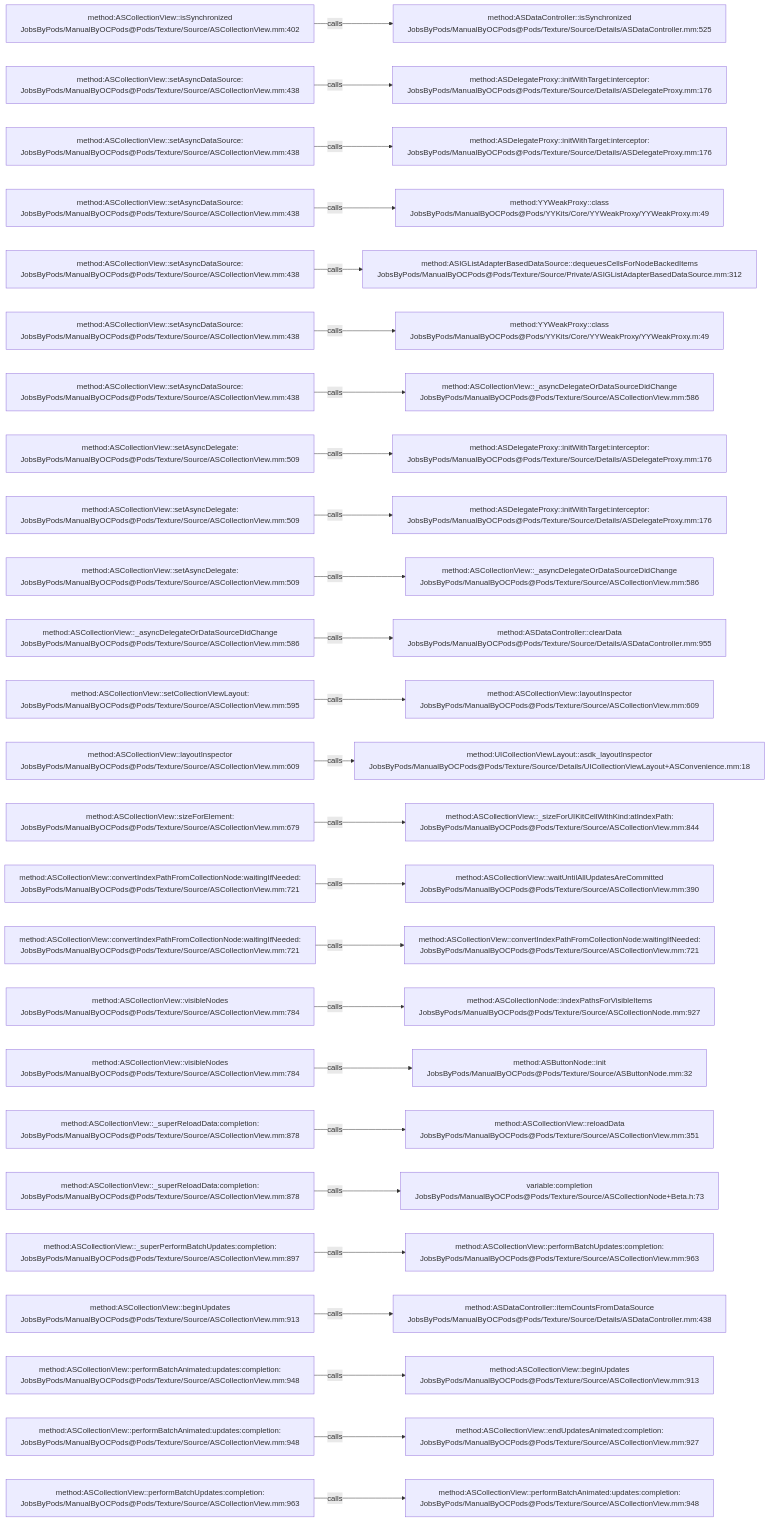
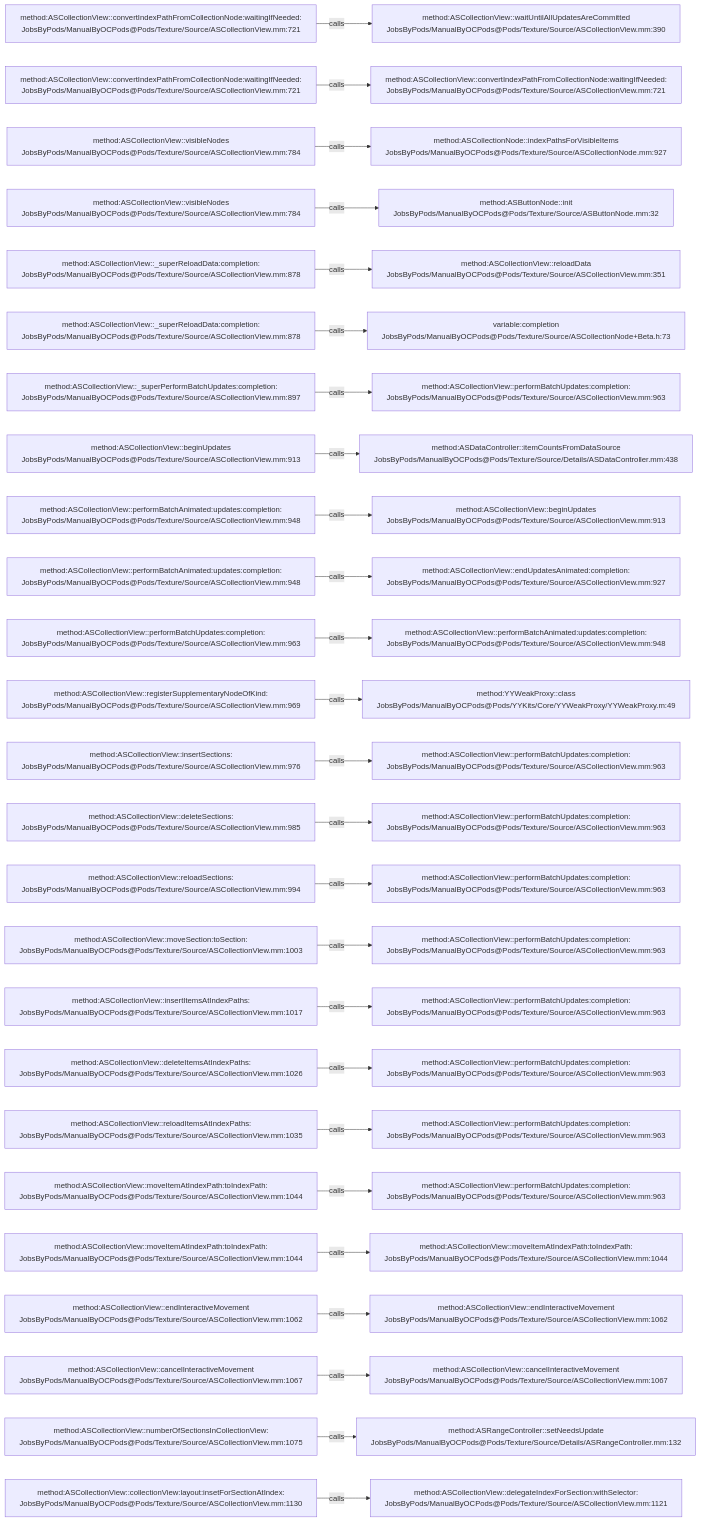
Before and after one commit to JobsKits/JobsOCBaseConfigDemo: the diagram in .codegraph/codegraph.md/graphs/calls-082.md, drawn with Mermaid. The commit also changed 296 other files, not shown here.

````diff
--- a/.codegraph/codegraph.md/graphs/calls-082.md
+++ b/.codegraph/codegraph.md/graphs/calls-082.md
@@ -13,78 +13,78 @@
 ```mermaid
 flowchart LR
-  S1["method:ASCollectionView::isSynchronized<br/>JobsByPods/ManualByOCPods@Pods/Texture/Source/ASCollectionView.mm:402"]
-  T1["method:ASDataController::isSynchronized<br/>JobsByPods/ManualByOCPods@Pods/Texture/Source/Details/ASDataController.mm:525"]
+  S1["method:ASCollectionView::convertIndexPathFromCollectionNode:waitingIfNeeded:<br/>JobsByPods/ManualByOCPods@Pods/Texture/Source/ASCollectionView.mm:721"]
+  T1["method:ASCollectionView::waitUntilAllUpdatesAreCommitted<br/>JobsByPods/ManualByOCPods@Pods/Texture/Source/ASCollectionView.mm:390"]
   S1 -->|calls| T1
-  S2["method:ASCollectionView::setAsyncDataSource:<br/>JobsByPods/ManualByOCPods@Pods/Texture/Source/ASCollectionView.mm:438"]
-  T2["method:ASDelegateProxy::initWithTarget:interceptor:<br/>JobsByPods/ManualByOCPods@Pods/Texture/Source/Details/ASDelegateProxy.mm:176"]
+  S2["method:ASCollectionView::convertIndexPathFromCollectionNode:waitingIfNeeded:<br/>JobsByPods/ManualByOCPods@Pods/Texture/Source/ASCollectionView.mm:721"]
+  T2["method:ASCollectionView::convertIndexPathFromCollectionNode:waitingIfNeeded:<br/>JobsByPods/ManualByOCPods@Pods/Texture/Source/ASCollectionView.mm:721"]
   S2 -->|calls| T2
-  S3["method:ASCollectionView::setAsyncDataSource:<br/>JobsByPods/ManualByOCPods@Pods/Texture/Source/ASCollectionView.mm:438"]
-  T3["method:ASDelegateProxy::initWithTarget:interceptor:<br/>JobsByPods/ManualByOCPods@Pods/Texture/Source/Details/ASDelegateProxy.mm:176"]
+  S3["method:ASCollectionView::visibleNodes<br/>JobsByPods/ManualByOCPods@Pods/Texture/Source/ASCollectionView.mm:784"]
+  T3["method:ASCollectionNode::indexPathsForVisibleItems<br/>JobsByPods/ManualByOCPods@Pods/Texture/Source/ASCollectionNode.mm:927"]
   S3 -->|calls| T3
-  S4["method:ASCollectionView::setAsyncDataSource:<br/>JobsByPods/ManualByOCPods@Pods/Texture/Source/ASCollectionView.mm:438"]
-  T4["method:YYWeakProxy::class<br/>JobsByPods/ManualByOCPods@Pods/YYKits/Core/YYWeakProxy/YYWeakProxy.m:49"]
+  S4["method:ASCollectionView::visibleNodes<br/>JobsByPods/ManualByOCPods@Pods/Texture/Source/ASCollectionView.mm:784"]
+  T4["method:ASButtonNode::init<br/>JobsByPods/ManualByOCPods@Pods/Texture/Source/ASButtonNode.mm:32"]
   S4 -->|calls| T4
-  S5["method:ASCollectionView::setAsyncDataSource:<br/>JobsByPods/ManualByOCPods@Pods/Texture/Source/ASCollectionView.mm:438"]
-  T5["method:ASIGListAdapterBasedDataSource::dequeuesCellsForNodeBackedItems<br/>JobsByPods/ManualByOCPods@Pods/Texture/Source/Private/ASIGListAdapterBasedDataSource.mm:312"]
+  S5["method:ASCollectionView::_superReloadData:completion:<br/>JobsByPods/ManualByOCPods@Pods/Texture/Source/ASCollectionView.mm:878"]
+  T5["method:ASCollectionView::reloadData<br/>JobsByPods/ManualByOCPods@Pods/Texture/Source/ASCollectionView.mm:351"]
   S5 -->|calls| T5
-  S6["method:ASCollectionView::setAsyncDataSource:<br/>JobsByPods/ManualByOCPods@Pods/Texture/Source/ASCollectionView.mm:438"]
-  T6["method:YYWeakProxy::class<br/>JobsByPods/ManualByOCPods@Pods/YYKits/Core/YYWeakProxy/YYWeakProxy.m:49"]
+  S6["method:ASCollectionView::_superReloadData:completion:<br/>JobsByPods/ManualByOCPods@Pods/Texture/Source/ASCollectionView.mm:878"]
+  T6["variable:completion<br/>JobsByPods/ManualByOCPods@Pods/Texture/Source/ASCollectionNode+Beta.h:73"]
   S6 -->|calls| T6
-  S7["method:ASCollectionView::setAsyncDataSource:<br/>JobsByPods/ManualByOCPods@Pods/Texture/Source/ASCollectionView.mm:438"]
-  T7["method:ASCollectionView::_asyncDelegateOrDataSourceDidChange<br/>JobsByPods/ManualByOCPods@Pods/Texture/Source/ASCollectionView.mm:586"]
+  S7["method:ASCollectionView::_superPerformBatchUpdates:completion:<br/>JobsByPods/ManualByOCPods@Pods/Texture/Source/ASCollectionView.mm:897"]
+  T7["method:ASCollectionView::performBatchUpdates:completion:<br/>JobsByPods/ManualByOCPods@Pods/Texture/Source/ASCollectionView.mm:963"]
   S7 -->|calls| T7
-  S8["method:ASCollectionView::setAsyncDelegate:<br/>JobsByPods/ManualByOCPods@Pods/Texture/Source/ASCollectionView.mm:509"]
-  T8["method:ASDelegateProxy::initWithTarget:interceptor:<br/>JobsByPods/ManualByOCPods@Pods/Texture/Source/Details/ASDelegateProxy.mm:176"]
+  S8["method:ASCollectionView::beginUpdates<br/>JobsByPods/ManualByOCPods@Pods/Texture/Source/ASCollectionView.mm:913"]
+  T8["method:ASDataController::itemCountsFromDataSource<br/>JobsByPods/ManualByOCPods@Pods/Texture/Source/Details/ASDataController.mm:438"]
   S8 -->|calls| T8
-  S9["method:ASCollectionView::setAsyncDelegate:<br/>JobsByPods/ManualByOCPods@Pods/Texture/Source/ASCollectionView.mm:509"]
-  T9["method:ASDelegateProxy::initWithTarget:interceptor:<br/>JobsByPods/ManualByOCPods@Pods/Texture/Source/Details/ASDelegateProxy.mm:176"]
+  S9["method:ASCollectionView::performBatchAnimated:updates:completion:<br/>JobsByPods/ManualByOCPods@Pods/Texture/Source/ASCollectionView.mm:948"]
+  T9["method:ASCollectionView::beginUpdates<br/>JobsByPods/ManualByOCPods@Pods/Texture/Source/ASCollectionView.mm:913"]
   S9 -->|calls| T9
-  S10["method:ASCollectionView::setAsyncDelegate:<br/>JobsByPods/ManualByOCPods@Pods/Texture/Source/ASCollectionView.mm:509"]
-  T10["method:ASCollectionView::_asyncDelegateOrDataSourceDidChange<br/>JobsByPods/ManualByOCPods@Pods/Texture/Source/ASCollectionView.mm:586"]
+  S10["method:ASCollectionView::performBatchAnimated:updates:completion:<br/>JobsByPods/ManualByOCPods@Pods/Texture/Source/ASCollectionView.mm:948"]
+  T10["method:ASCollectionView::endUpdatesAnimated:completion:<br/>JobsByPods/ManualByOCPods@Pods/Texture/Source/ASCollectionView.mm:927"]
   S10 -->|calls| T10
-  S11["method:ASCollectionView::_asyncDelegateOrDataSourceDidChange<br/>JobsByPods/ManualByOCPods@Pods/Texture/Source/ASCollectionView.mm:586"]
-  T11["method:ASDataController::clearData<br/>JobsByPods/ManualByOCPods@Pods/Texture/Source/Details/ASDataController.mm:955"]
+  S11["method:ASCollectionView::performBatchUpdates:completion:<br/>JobsByPods/ManualByOCPods@Pods/Texture/Source/ASCollectionView.mm:963"]
+  T11["method:ASCollectionView::performBatchAnimated:updates:completion:<br/>JobsByPods/ManualByOCPods@Pods/Texture/Source/ASCollectionView.mm:948"]
   S11 -->|calls| T11
-  S12["method:ASCollectionView::setCollectionViewLayout:<br/>JobsByPods/ManualByOCPods@Pods/Texture/Source/ASCollectionView.mm:595"]
-  T12["method:ASCollectionView::layoutInspector<br/>JobsByPods/ManualByOCPods@Pods/Texture/Source/ASCollectionView.mm:609"]
+  S12["method:ASCollectionView::registerSupplementaryNodeOfKind:<br/>JobsByPods/ManualByOCPods@Pods/Texture/Source/ASCollectionView.mm:969"]
+  T12["method:YYWeakProxy::class<br/>JobsByPods/ManualByOCPods@Pods/YYKits/Core/YYWeakProxy/YYWeakProxy.m:49"]
   S12 -->|calls| T12
-  S13["method:ASCollectionView::layoutInspector<br/>JobsByPods/ManualByOCPods@Pods/Texture/Source/ASCollectionView.mm:609"]
-  T13["method:UICollectionViewLayout::asdk_layoutInspector<br/>JobsByPods/ManualByOCPods@Pods/Texture/Source/Details/UICollectionViewLayout+ASConvenience.mm:18"]
+  S13["method:ASCollectionView::insertSections:<br/>JobsByPods/ManualByOCPods@Pods/Texture/Source/ASCollectionView.mm:976"]
+  T13["method:ASCollectionView::performBatchUpdates:completion:<br/>JobsByPods/ManualByOCPods@Pods/Texture/Source/ASCollectionView.mm:963"]
   S13 -->|calls| T13
-  S14["method:ASCollectionView::sizeForElement:<br/>JobsByPods/ManualByOCPods@Pods/Texture/Source/ASCollectionView.mm:679"]
-  T14["method:ASCollectionView::_sizeForUIKitCellWithKind:atIndexPath:<br/>JobsByPods/ManualByOCPods@Pods/Texture/Source/ASCollectionView.mm:844"]
+  S14["method:ASCollectionView::deleteSections:<br/>JobsByPods/ManualByOCPods@Pods/Texture/Source/ASCollectionView.mm:985"]
+  T14["method:ASCollectionView::performBatchUpdates:completion:<br/>JobsByPods/ManualByOCPods@Pods/Texture/Source/ASCollectionView.mm:963"]
   S14 -->|calls| T14
-  S15["method:ASCollectionView::convertIndexPathFromCollectionNode:waitingIfNeeded:<br/>JobsByPods/ManualByOCPods@Pods/Texture/Source/ASCollectionView.mm:721"]
-  T15["method:ASCollectionView::waitUntilAllUpdatesAreCommitted<br/>JobsByPods/ManualByOCPods@Pods/Texture/Source/ASCollectionView.mm:390"]
+  S15["method:ASCollectionView::reloadSections:<br/>JobsByPods/ManualByOCPods@Pods/Texture/Source/ASCollectionView.mm:994"]
+  T15["method:ASCollectionView::performBatchUpdates:completion:<br/>JobsByPods/ManualByOCPods@Pods/Texture/Source/ASCollectionView.mm:963"]
   S15 -->|calls| T15
-  S16["method:ASCollectionView::convertIndexPathFromCollectionNode:waitingIfNeeded:<br/>JobsByPods/ManualByOCPods@Pods/Texture/Source/ASCollectionView.mm:721"]
-  T16["method:ASCollectionView::convertIndexPathFromCollectionNode:waitingIfNeeded:<br/>JobsByPods/ManualByOCPods@Pods/Texture/Source/ASCollectionView.mm:721"]
+  S16["method:ASCollectionView::moveSection:toSection:<br/>JobsByPods/ManualByOCPods@Pods/Texture/Source/ASCollectionView.mm:1003"]
+  T16["method:ASCollectionView::performBatchUpdates:completion:<br/>JobsByPods/ManualByOCPods@Pods/Texture/Source/ASCollectionView.mm:963"]
   S16 -->|calls| T16
-  S17["method:ASCollectionView::visibleNodes<br/>JobsByPods/ManualByOCPods@Pods/Texture/Source/ASCollectionView.mm:784"]
-  T17["method:ASCollectionNode::indexPathsForVisibleItems<br/>JobsByPods/ManualByOCPods@Pods/Texture/Source/ASCollectionNode.mm:927"]
+  S17["method:ASCollectionView::insertItemsAtIndexPaths:<br/>JobsByPods/ManualByOCPods@Pods/Texture/Source/ASCollectionView.mm:1017"]
+  T17["method:ASCollectionView::performBatchUpdates:completion:<br/>JobsByPods/ManualByOCPods@Pods/Texture/Source/ASCollectionView.mm:963"]
   S17 -->|calls| T17
-  S18["method:ASCollectionView::visibleNodes<br/>JobsByPods/ManualByOCPods@Pods/Texture/Source/ASCollectionView.mm:784"]
-  T18["method:ASButtonNode::init<br/>JobsByPods/ManualByOCPods@Pods/Texture/Source/ASButtonNode.mm:32"]
+  S18["method:ASCollectionView::deleteItemsAtIndexPaths:<br/>JobsByPods/ManualByOCPods@Pods/Texture/Source/ASCollectionView.mm:1026"]
+  T18["method:ASCollectionView::performBatchUpdates:completion:<br/>JobsByPods/ManualByOCPods@Pods/Texture/Source/ASCollectionView.mm:963"]
   S18 -->|calls| T18
-  S19["method:ASCollectionView::_superReloadData:completion:<br/>JobsByPods/ManualByOCPods@Pods/Texture/Source/ASCollectionView.mm:878"]
-  T19["method:ASCollectionView::reloadData<br/>JobsByPods/ManualByOCPods@Pods/Texture/Source/ASCollectionView.mm:351"]
+  S19["method:ASCollectionView::reloadItemsAtIndexPaths:<br/>JobsByPods/ManualByOCPods@Pods/Texture/Source/ASCollectionView.mm:1035"]
+  T19["method:ASCollectionView::performBatchUpdates:completion:<br/>JobsByPods/ManualByOCPods@Pods/Texture/Source/ASCollectionView.mm:963"]
   S19 -->|calls| T19
-  S20["method:ASCollectionView::_superReloadData:completion:<br/>JobsByPods/ManualByOCPods@Pods/Texture/Source/ASCollectionView.mm:878"]
-  T20["variable:completion<br/>JobsByPods/ManualByOCPods@Pods/Texture/Source/ASCollectionNode+Beta.h:73"]
+  S20["method:ASCollectionView::moveItemAtIndexPath:toIndexPath:<br/>JobsByPods/ManualByOCPods@Pods/Texture/Source/ASCollectionView.mm:1044"]
+  T20["method:ASCollectionView::performBatchUpdates:completion:<br/>JobsByPods/ManualByOCPods@Pods/Texture/Source/ASCollectionView.mm:963"]
   S20 -->|calls| T20
-  S21["method:ASCollectionView::_superPerformBatchUpdates:completion:<br/>JobsByPods/ManualByOCPods@Pods/Texture/Source/ASCollectionView.mm:897"]
-  T21["method:ASCollectionView::performBatchUpdates:completion:<br/>JobsByPods/ManualByOCPods@Pods/Texture/Source/ASCollectionView.mm:963"]
+  S21["method:ASCollectionView::moveItemAtIndexPath:toIndexPath:<br/>JobsByPods/ManualByOCPods@Pods/Texture/Source/ASCollectionView.mm:1044"]
+  T21["method:ASCollectionView::moveItemAtIndexPath:toIndexPath:<br/>JobsByPods/ManualByOCPods@Pods/Texture/Source/ASCollectionView.mm:1044"]
   S21 -->|calls| T21
-  S22["method:ASCollectionView::beginUpdates<br/>JobsByPods/ManualByOCPods@Pods/Texture/Source/ASCollectionView.mm:913"]
-  T22["method:ASDataController::itemCountsFromDataSource<br/>JobsByPods/ManualByOCPods@Pods/Texture/Source/Details/ASDataController.mm:438"]
+  S22["method:ASCollectionView::endInteractiveMovement<br/>JobsByPods/ManualByOCPods@Pods/Texture/Source/ASCollectionView.mm:1062"]
+  T22["method:ASCollectionView::endInteractiveMovement<br/>JobsByPods/ManualByOCPods@Pods/Texture/Source/ASCollectionView.mm:1062"]
   S22 -->|calls| T22
-  S23["method:ASCollectionView::performBatchAnimated:updates:completion:<br/>JobsByPods/ManualByOCPods@Pods/Texture/Source/ASCollectionView.mm:948"]
-  T23["method:ASCollectionView::beginUpdates<br/>JobsByPods/ManualByOCPods@Pods/Texture/Source/ASCollectionView.mm:913"]
+  S23["method:ASCollectionView::cancelInteractiveMovement<br/>JobsByPods/ManualByOCPods@Pods/Texture/Source/ASCollectionView.mm:1067"]
+  T23["method:ASCollectionView::cancelInteractiveMovement<br/>JobsByPods/ManualByOCPods@Pods/Texture/Source/ASCollectionView.mm:1067"]
   S23 -->|calls| T23
-  S24["method:ASCollectionView::performBatchAnimated:updates:completion:<br/>JobsByPods/ManualByOCPods@Pods/Texture/Source/ASCollectionView.mm:948"]
-  T24["method:ASCollectionView::endUpdatesAnimated:completion:<br/>JobsByPods/ManualByOCPods@Pods/Texture/Source/ASCollectionView.mm:927"]
+  S24["method:ASCollectionView::numberOfSectionsInCollectionView:<br/>JobsByPods/ManualByOCPods@Pods/Texture/Source/ASCollectionView.mm:1075"]
+  T24["method:ASRangeController::setNeedsUpdate<br/>JobsByPods/ManualByOCPods@Pods/Texture/Source/Details/ASRangeController.mm:132"]
   S24 -->|calls| T24
-  S25["method:ASCollectionView::performBatchUpdates:completion:<br/>JobsByPods/ManualByOCPods@Pods/Texture/Source/ASCollectionView.mm:963"]
-  T25["method:ASCollectionView::performBatchAnimated:updates:completion:<br/>JobsByPods/ManualByOCPods@Pods/Texture/Source/ASCollectionView.mm:948"]
+  S25["method:ASCollectionView::collectionView:layout:insetForSectionAtIndex:<br/>JobsByPods/ManualByOCPods@Pods/Texture/Source/ASCollectionView.mm:1130"]
+  T25["method:ASCollectionView::delegateIndexForSection:withSelector:<br/>JobsByPods/ManualByOCPods@Pods/Texture/Source/ASCollectionView.mm:1121"]
   S25 -->|calls| T25
 ```
````
